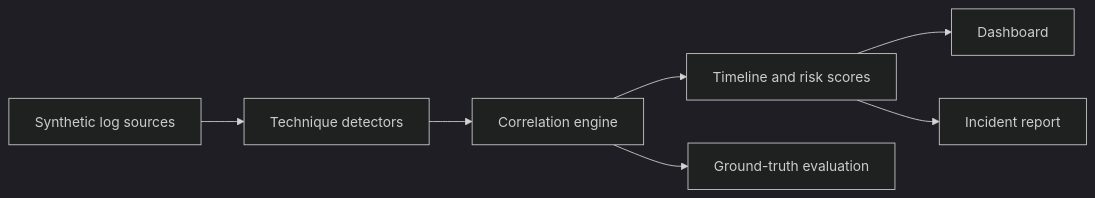
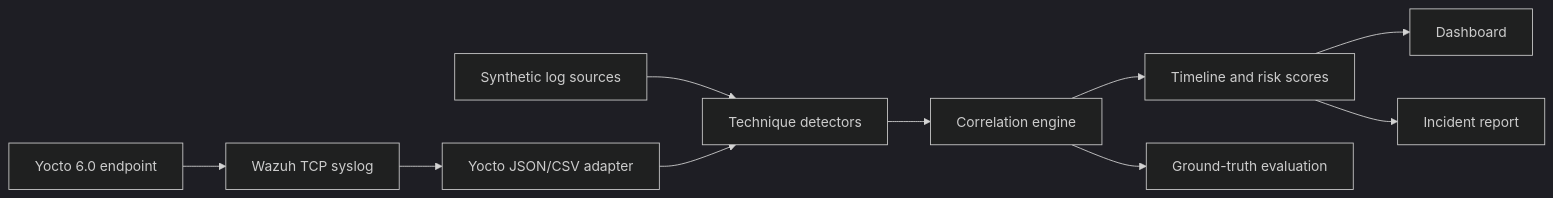
The second of 2 diagrams in README.md (Ankit2253/ShadowVault), drawn with Mermaid (dark theme) before and after one commit. The commit also changed other lines of this file and 24 other files, not shown here.

Commit message:
Add optional Yocto embedded endpoint integration

````diff
--- a/README.md
+++ b/README.md
@@ -61,9 +63,12 @@
 ```mermaid
 flowchart LR
     A["Synthetic log sources"] --> B["Technique detectors"]
+    H["Yocto 6.0 endpoint"] --> I["Wazuh TCP syslog"]
+    I --> J["Yocto JSON/CSV adapter"]
+    J --> B
     B --> C["Correlation engine"]
     C --> D["Timeline and risk scores"]
     D --> E["Dashboard"]
     D --> F["Incident report"]
     C --> G["Ground-truth evaluation"]
 ```
````
